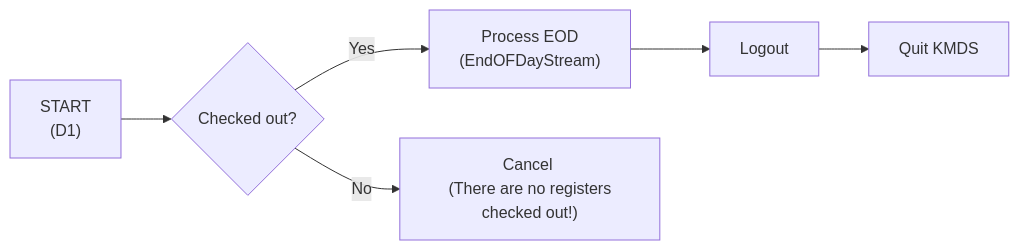
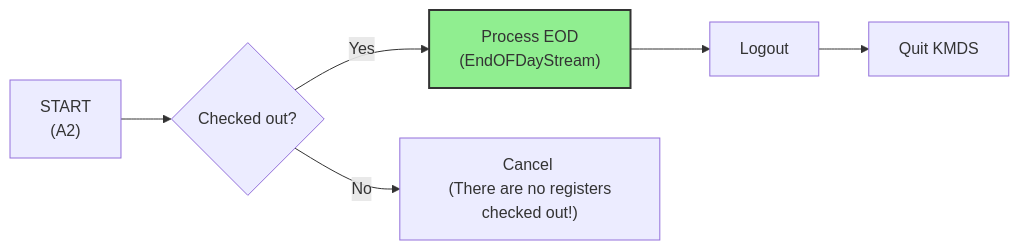
Before and after one commit to liblibs/kmds: the first of 7 diagrams in end-of-day.md, drawn with Mermaid. The commit also changed other lines of this file and 2 other files, not shown here.

````diff
--- a/end-of-day.md
+++ b/end-of-day.md
@@ -37,10 +12,11 @@
-```mermaid
+```mermaid 
 flowchart LR
-    Start["START <br> (D1)"] --> CheckCondition 
+    Start["START <br> (A2)"] --> CheckCondition 
     CheckCondition{Checked out?}  
         CheckCondition -- Yes --> EndOFDayStream["Process EOD <br> (EndOFDayStream)"]
         click EndOFDayStream "#EndOFDayStream" "Go to EndOFDayStream"
             EndOFDayStream --> LogOut[Logout]
                 LogOut --> Quit[Quit KMDS]
-        CheckCondition -- No --> ContinueProcess["Cancel <br> (There are no registers checked out!)"]
+        CheckCondition -- No --> ContinueProcess["Cancel <br> (There are no registers checked out!)"] 
+    style EndOFDayStream fill:#90EE90,stroke:#333,stroke-width:2px;
 ```
````
